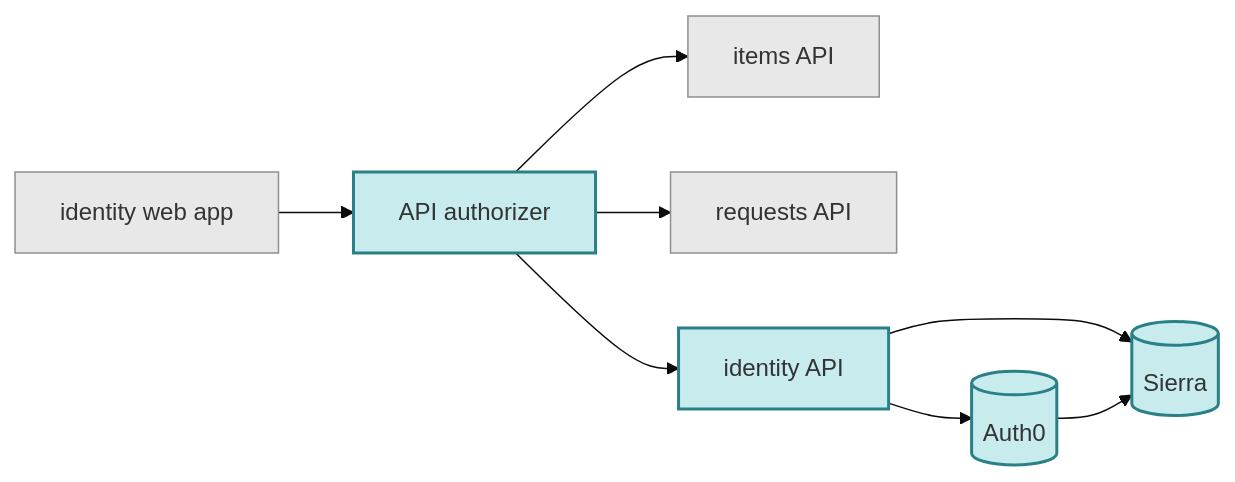
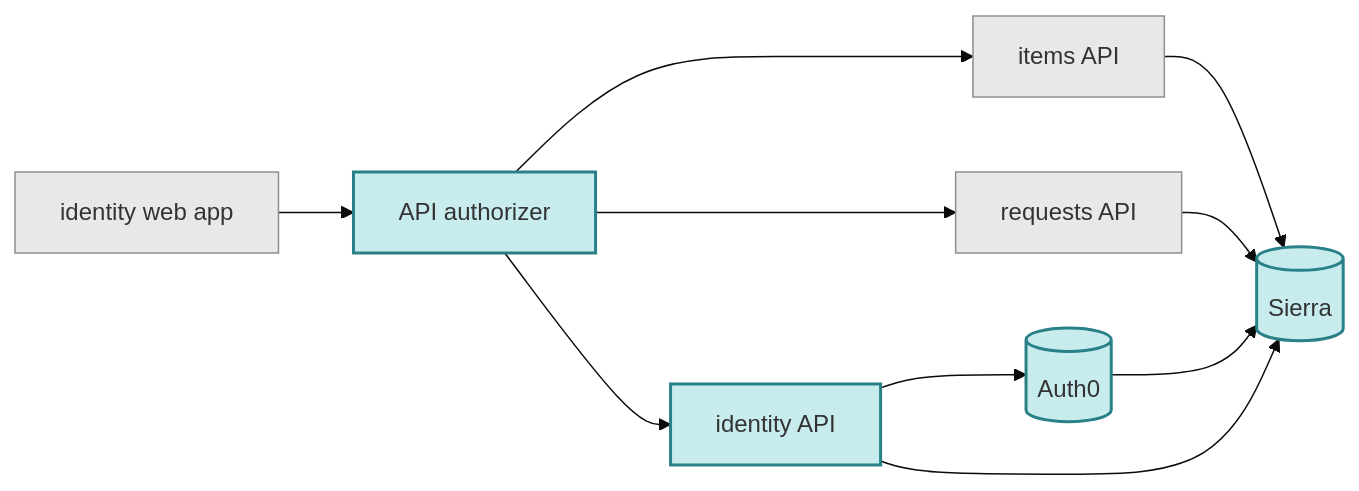
The first of 2 diagrams in README.md (wellcomecollection/identity), drawn with Mermaid (base theme) before and after one commit. The commit also changed other lines of this file, not shown here.

Commit message:
Sequence diagram for login flow

````diff
--- a/README.md
+++ b/README.md
@@ -12,16 +12,18 @@
 ```mermaid
 flowchart LR
     W[identity web app] --> IA[API authorizer]
     IA --> I_API[items API]
     IA --> R_API[requests API]
     IA --> API[identity API]
     API --> A0[(Auth0)]
     API --> SI[(Sierra)]
+    I_API --> SI
+    R_API --> SI
     A0 --> SI
 
     classDef externalNode fill:#e8e8e8,stroke:#8f8f8f
     class W,I_API,R_API externalNode
 
     classDef repoNode fill:#c8ecee,stroke:#298187,stroke-width:2px
     class IA,API,A0,SI repoNode
 ```
````
